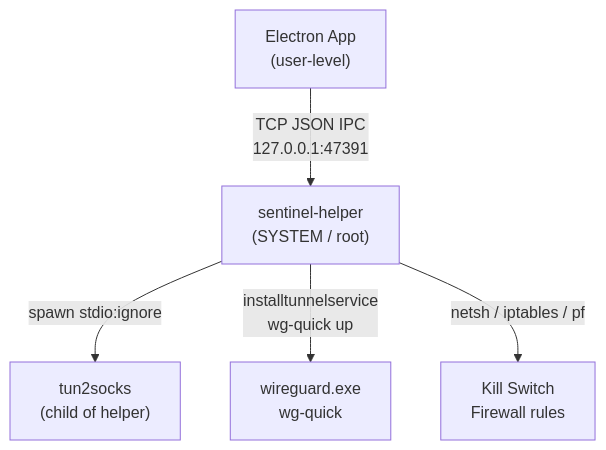
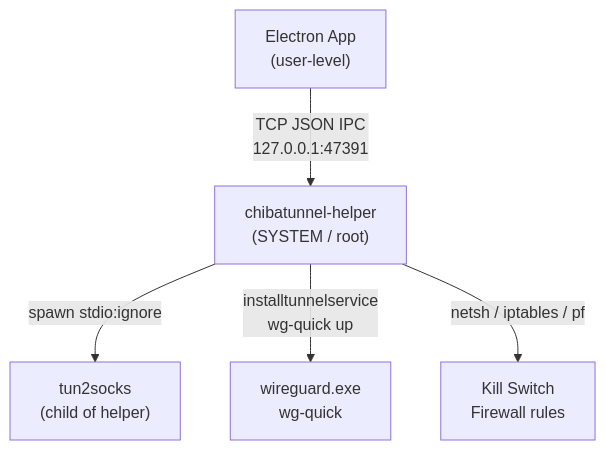
One commit to Tkd-Alex/ChibaTunnel changed the second of 3 diagrams in README.md. Above: the diagram before and after it, drawn with Mermaid. The commit also changed other lines of this file and 17 other files, not shown here.

Commit message:
feat: replace SentinelHelper with ChibaTunnelHelper

````diff
--- a/README.md
+++ b/README.md
@@ -77,13 +77,13 @@
 ```mermaid
 graph TD
   Electron["Electron App\n(user-level)"]
-  Helper["sentinel-helper\n(SYSTEM / root)"]
+  Helper["chibatunnel-helper\n(SYSTEM / root)"]
   T2S["tun2socks\n(child of helper)"]
   WG["wireguard.exe\nwg-quick"]
   KS["Kill Switch\nFirewall rules"]
 
   Electron -->|"TCP JSON IPC\n127.0.0.1:47391"| Helper
   Helper -->|"spawn stdio:ignore"| T2S
   Helper -->|"installtunnelservice\nwg-quick up"| WG
   Helper -->|"netsh / iptables / pf"| KS
 ```
````
